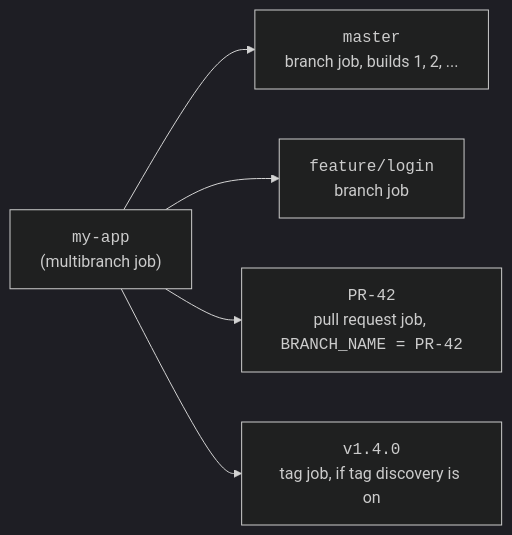
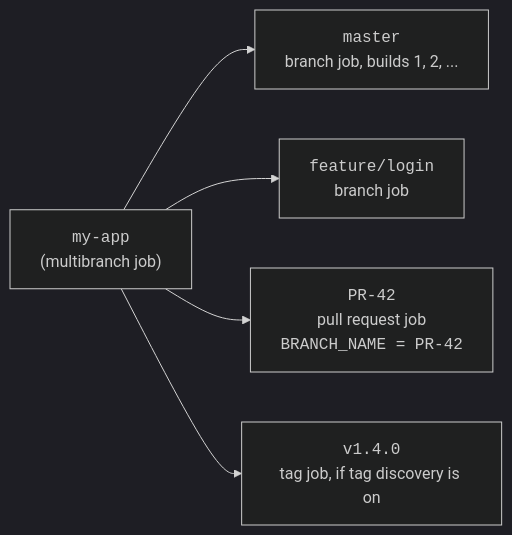
The second of 2 diagrams in src/content/concepts/how-jenkins-runs-your-pipeline.md (dylankenneally/jenkins-cookbook), drawn with Mermaid (dark theme) before and after one commit. The commit also changed other lines of this file and 9 other files, not shown here.

Commit message:
improved mermaid diagrams

````diff
--- a/src/content/concepts/how-jenkins-runs-your-pipeline.md
+++ b/src/content/concepts/how-jenkins-runs-your-pipeline.md
@@ -135,7 +137,9 @@
 ```mermaid
 flowchart LR
+    accTitle: The child jobs a Multibranch Pipeline job creates
+    accDescr: The my-app Multibranch Pipeline job creates a branch job for master with its own builds 1, 2 and so on, a branch job for feature/login, a pull request job for PR-42 in which BRANCH_NAME is PR-42 and, if tag discovery is on, a tag job for v1.4.0.
     app["<code>my-app</code><br/>(multibranch job)"] --> master["<code>master</code><br/>branch job, builds 1, 2, ..."]
     app --> feature["<code>feature/login</code><br/>branch job"]
-    app --> pr["<code>PR-42</code><br/>pull request job, <code>BRANCH_NAME = PR-42</code>"]
+    app --> pr["<code>PR-42</code><br/>pull request job<br/><code>BRANCH_NAME = PR-42</code>"]
     app --> tag["<code>v1.4.0</code><br/>tag job, if tag discovery is on"]
 ```
````
